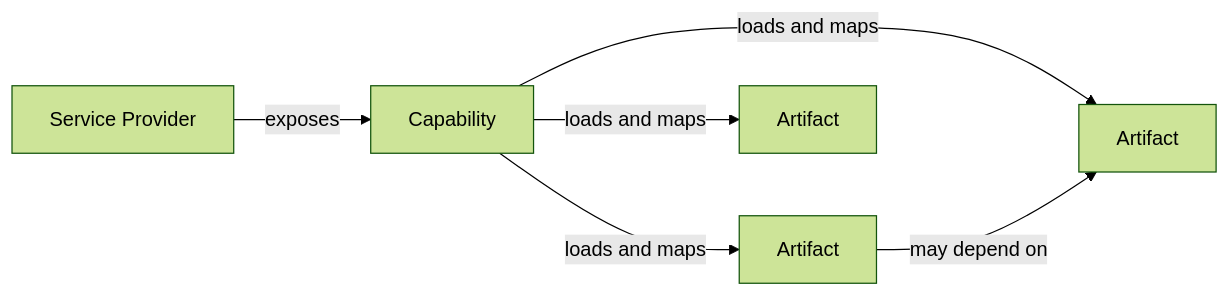
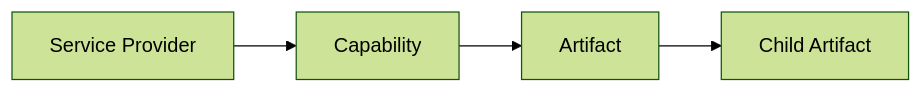
Before and after one commit to igor-yuzkiv/zoho-studio: the diagram in docs/domain-model.md, drawn with Mermaid (forest theme). The commit also changed other lines of this file, not shown here.

````diff
--- a/docs/domain-model.md
+++ b/docs/domain-model.md
@@ -33,14 +15,6 @@
 ```mermaid
 flowchart LR
-    P[Service Provider]
-    C[Capability]
-    A[Artifact]
-    A2[Artifact]
-    A3[Artifact]
-
-    P -->|exposes| C
-    C -->|loads and maps| A
-    C -->|loads and maps| A2
-    C -->|loads and maps| A3
-    A2 -->|may depend on| A
+    P[Service Provider] --> C[Capability]
+    C --> A[Artifact]
+    A --> A2[Child Artifact]
 ```
````
